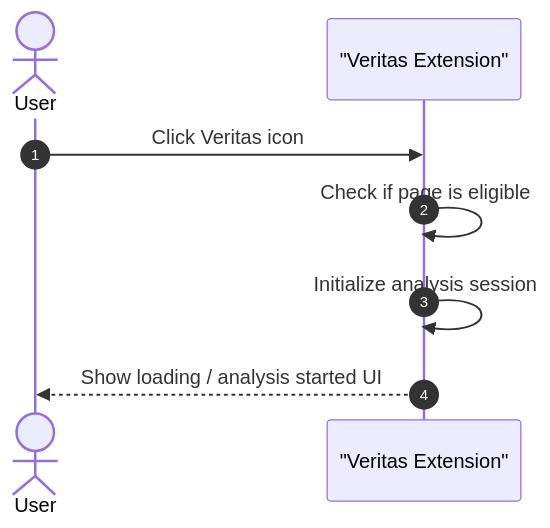
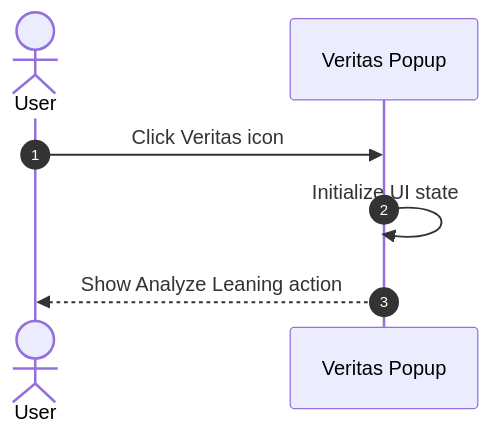
Before and after one commit to FastMartini/Veritas: the fifth of 9 diagrams in docs/README.md, drawn with Mermaid. The commit also changed other lines of this file, not shown here.

Commit message:
Revise README to reflect political leaning analysis focus

````diff
--- a/docs/README.md
+++ b/docs/README.md
@@ -566,11 +415,10 @@
 ```mermaid
 sequenceDiagram
     autonumber
     actor User
-    participant Extension as "Veritas Extension"
+    participant Popup as Veritas Popup
 
-    User->>Extension: Click Veritas icon
-    Extension->>Extension: Check if page is eligible
-    Extension->>Extension: Initialize analysis session
-    Extension-->>User: Show loading / analysis started UI
-  ```
+    User->>Popup: Click Veritas icon
+    Popup->>Popup: Initialize UI state
+    Popup-->>User: Show Analyze Leaning action
+```
````
